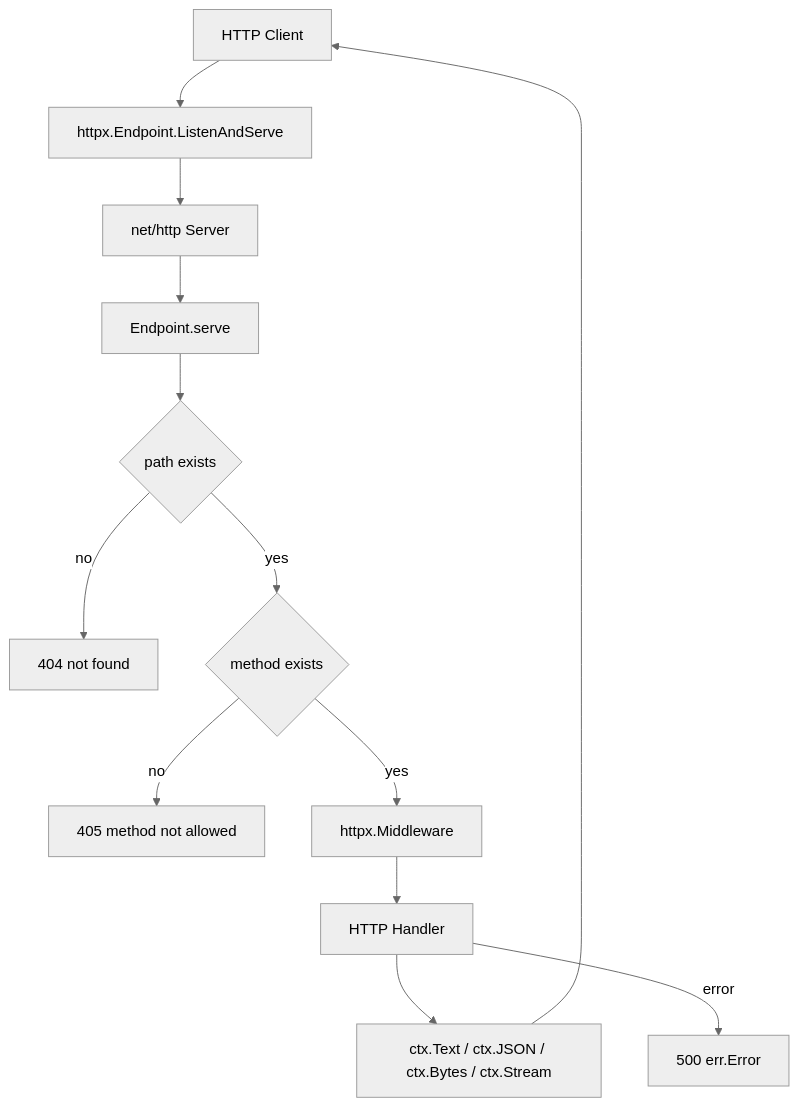
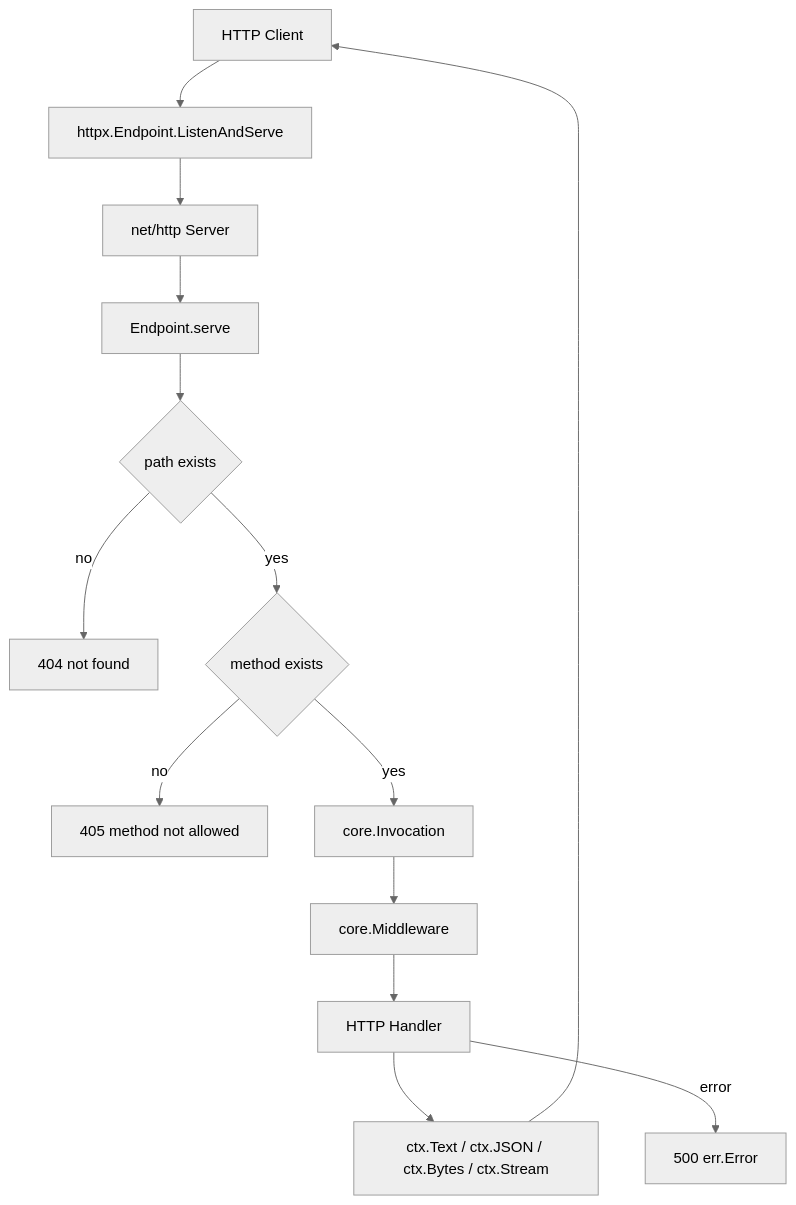
The fifth of 8 diagrams in docs/call-flow.md (saramand9/kpro), drawn with Mermaid (neutral theme) before and after one commit. The commit also changed other lines of this file and 42 other files, not shown here.

Commit message:
refactor: unify protocol middleware invocation

````diff
--- a/docs/call-flow.md
+++ b/docs/call-flow.md
@@ -141,15 +146,16 @@
 ```mermaid
 flowchart TD
     Client[HTTP Client] --> Listen[httpx.Endpoint.ListenAndServe]
     Listen --> NetHTTP[net/http Server]
     NetHTTP --> Serve[Endpoint.serve]
     Serve --> Path{path exists}
     Path -->|no| NotFound[404 not found]
     Path -->|yes| Method{method exists}
     Method -->|no| MethodNotAllowed[405 method not allowed]
-    Method -->|yes| Middleware[httpx.Middleware]
+    Method -->|yes| Invocation[core.Invocation]
+    Invocation --> Middleware[core.Middleware]
     Middleware --> Handler[HTTP Handler]
     Handler --> Response[ctx.Text / ctx.JSON / ctx.Bytes / ctx.Stream]
     Handler -->|error| ServerError[500 err.Error]
     Response --> Client
 ```
````
